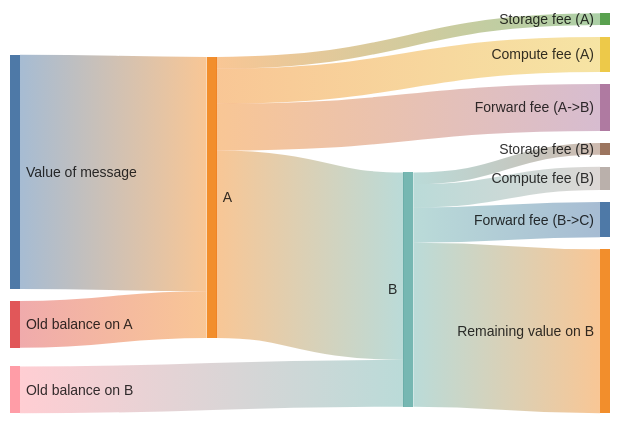
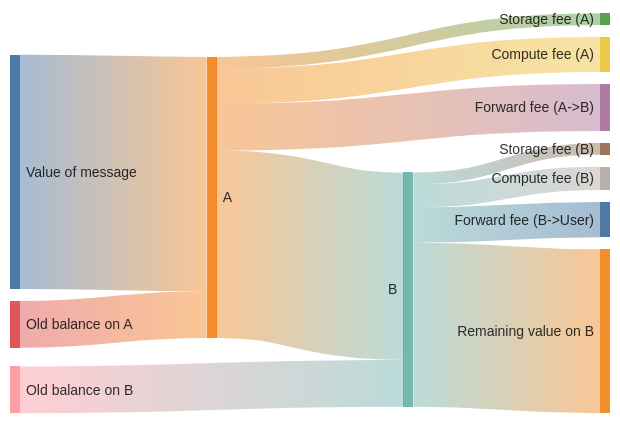
The third of 3 diagrams in content/contract-dev/techniques/gas.mdx (ton-blockchain/docs), drawn with Mermaid before and after one commit. The commit also changed other lines of this file and 4 other files, not shown here.

````diff
--- a/content/contract-dev/techniques/gas.mdx
+++ b/content/contract-dev/techniques/gas.mdx
@@ -49,20 +49,20 @@
 ```mermaid
 ---
 config:
   sankey:
     showValues: false
 ---
 sankey-beta
 %% source,target,value
 Value of message,A,100
 Old balance on A,A,20
 A,B,80
 A,Storage fee (A),5
 A,Compute fee (A),15
 A,Forward fee (A->B),20
 Old balance on B,B,20
 B,Storage fee (B),5
 B,Compute fee (B),10
-B,Forward fee (B->C),15
+B,Forward fee (B->User),15
 B,Remaining value on B,70
 ```
````
